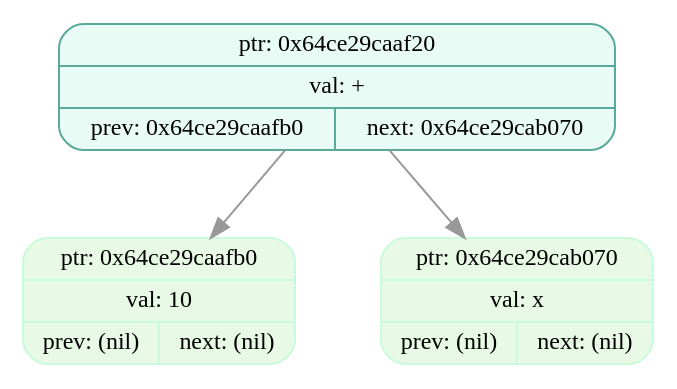
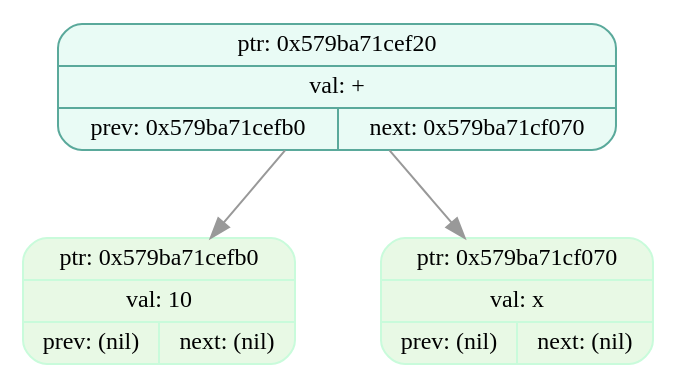
One commit to EvilTomato9890/Difference changed the diagram in dumps/tree_dump_002.dot. Above: the diagram before and after it, drawn with Graphviz. The commit also changed 30 other files, not shown here.

```diff
--- a/dumps/tree_dump_002.dot
+++ b/dumps/tree_dump_002.dot
@@ -1,9 +1,9 @@
 digraph T{
   node [fontname="Fira Mono",shape=record,style="filled,rounded",fontsize=12];
   graph [splines=true, nodesep=0.6, ranksep=0.6];
-  node_0x64ce29caaf20[shape=record,label="{ {ptr: 0x64ce29caaf20} | {val: +} | { prev: 0x64ce29caafb0 | next: 0x64ce29cab070 } }",color="#5aa99b",fillcolor="#e9fbf5"];
-  node_0x64ce29caafb0[shape=record,label="{ {ptr: 0x64ce29caafb0} | {val: 10} | { prev: (nil) | next: (nil) } }",color="#c9fbdbff",fillcolor="#e8f9e5ff"];
-  node_0x64ce29cab070[shape=record,label="{ {ptr: 0x64ce29cab070} | {val: x} | { prev: (nil) | next: (nil) } }",color="#c9fbdbff",fillcolor="#e8f9e5ff"];
-  node_0x64ce29caaf20 -> node_0x64ce29caafb0 [color="#999999"];
-  node_0x64ce29caaf20 -> node_0x64ce29cab070 [color="#999999"];
+  node_0x579ba71cef20[shape=record,label="{ {ptr: 0x579ba71cef20} | {val: +} | { prev: 0x579ba71cefb0 | next: 0x579ba71cf070 } }",color="#5aa99b",fillcolor="#e9fbf5"];
+  node_0x579ba71cefb0[shape=record,label="{ {ptr: 0x579ba71cefb0} | {val: 10} | { prev: (nil) | next: (nil) } }",color="#c9fbdbff",fillcolor="#e8f9e5ff"];
+  node_0x579ba71cf070[shape=record,label="{ {ptr: 0x579ba71cf070} | {val: x} | { prev: (nil) | next: (nil) } }",color="#c9fbdbff",fillcolor="#e8f9e5ff"];
+  node_0x579ba71cef20 -> node_0x579ba71cefb0 [color="#999999"];
+  node_0x579ba71cef20 -> node_0x579ba71cf070 [color="#999999"];
 }
```
